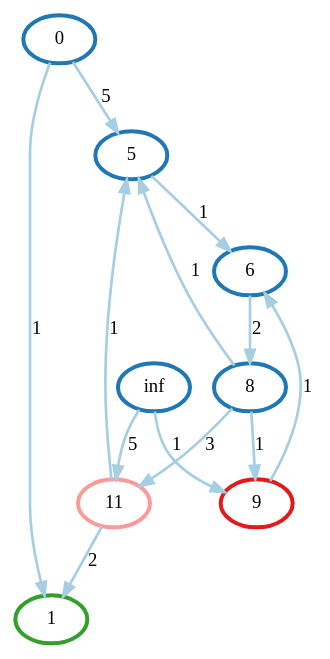
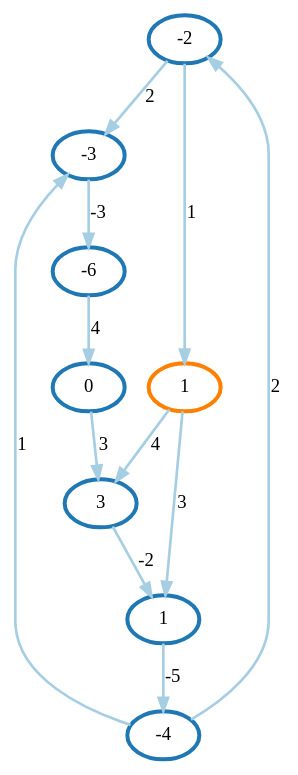
Before and after one commit to Pieterjaninfo/DSEA: the diagram in resources/made_graphs/DijkstraDirected.dot, drawn with Graphviz. The commit also changed 4 other files, not shown here.

```diff
--- a/resources/made_graphs/DijkstraDirected.dot
+++ b/resources/made_graphs/DijkstraDirected.dot
@@ -1,23 +1,22 @@
 digraph G {
-    0 [penwidth=3,label="0",color=2, colorscheme=paired12]
-    1 [penwidth=3,label="inf",color=2, colorscheme=paired12]
-    2 [penwidth=3,label="8",color=2, colorscheme=paired12]
-    3 [penwidth=3,label="1",color=4, colorscheme=paired12]
-    4 [penwidth=3,label="11",color=5, colorscheme=paired12]
-    5 [penwidth=3,label="9",color=6, colorscheme=paired12]
-    6 [penwidth=3,label="5",color=2, colorscheme=paired12]
-    7 [penwidth=3,label="6",color=2, colorscheme=paired12]
+    0 [penwidth=3,label="-2",color=2, colorscheme=paired12]
+    1 [penwidth=3,label="-3",color=2, colorscheme=paired12]
+    2 [penwidth=3,label="1",color=2, colorscheme=paired12]
+    3 [penwidth=3,label="-4",color=2, colorscheme=paired12]
+    4 [penwidth=3,label="-6",color=2, colorscheme=paired12]
+    5 [penwidth=3,label="0",color=2, colorscheme=paired12]
+    6 [penwidth=3,label="3",color=2, colorscheme=paired12]
+    7 [penwidth=3,label="1",color=8, colorscheme=paired12]
 
-    0 -> 3 [penwidth=2,label="1",color=1, colorscheme=paired12]
-    0 -> 6 [penwidth=2,label="5",color=1, colorscheme=paired12]
-    1 -> 5 [penwidth=2,label="1",color=1, colorscheme=paired12]
-    1 -> 4 [penwidth=2,label="5",color=1, colorscheme=paired12]
-    2 -> 6 [penwidth=2,label="1",color=1, colorscheme=paired12]
-    2 -> 4 [penwidth=2,label="3",color=1, colorscheme=paired12]
-    2 -> 5 [penwidth=2,label="1",color=1, colorscheme=paired12]
-    7 -> 2 [penwidth=2,label="2",color=1, colorscheme=paired12]
-    4 -> 3 [penwidth=2,label="2",color=1, colorscheme=paired12]
-    4 -> 6 [penwidth=2,label="1",color=1, colorscheme=paired12]
-    5 -> 7 [penwidth=2,label="1",color=1, colorscheme=paired12]
-    6 -> 7 [penwidth=2,label="1",color=1, colorscheme=paired12]
+    0 -> 7 [penwidth=2,label="1",color=1, colorscheme=paired12]
+    0 -> 1 [penwidth=2,label="2",color=1, colorscheme=paired12]
+    3 -> 0 [penwidth=2,label="2",color=1, colorscheme=paired12]
+    3 -> 1 [penwidth=2,label="1",color=1, colorscheme=paired12]
+    2 -> 3 [penwidth=2,label="-5",color=1, colorscheme=paired12]
+    7 -> 2 [penwidth=2,label="3",color=1, colorscheme=paired12]
+    7 -> 6 [penwidth=2,label="4",color=1, colorscheme=paired12]
+    6 -> 2 [penwidth=2,label="-2",color=1, colorscheme=paired12]
+    5 -> 6 [penwidth=2,label="3",color=1, colorscheme=paired12]
+    4 -> 5 [penwidth=2,label="4",color=1, colorscheme=paired12]
+    1 -> 4 [penwidth=2,label="-3",color=1, colorscheme=paired12]
 }
```
